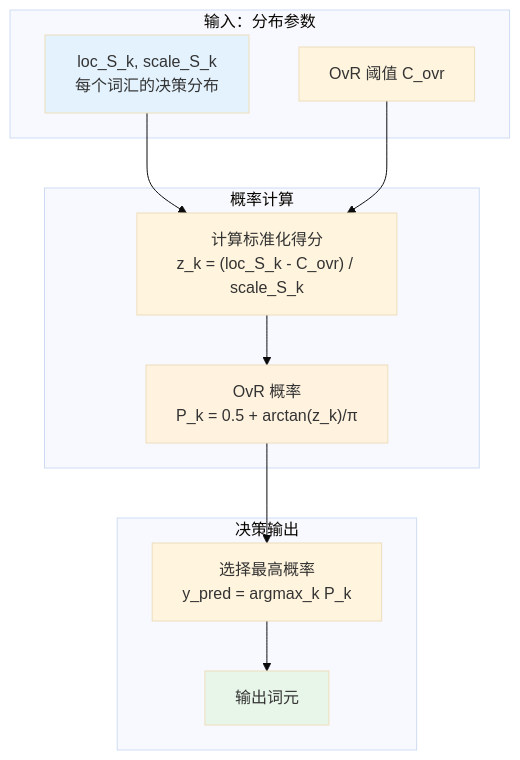
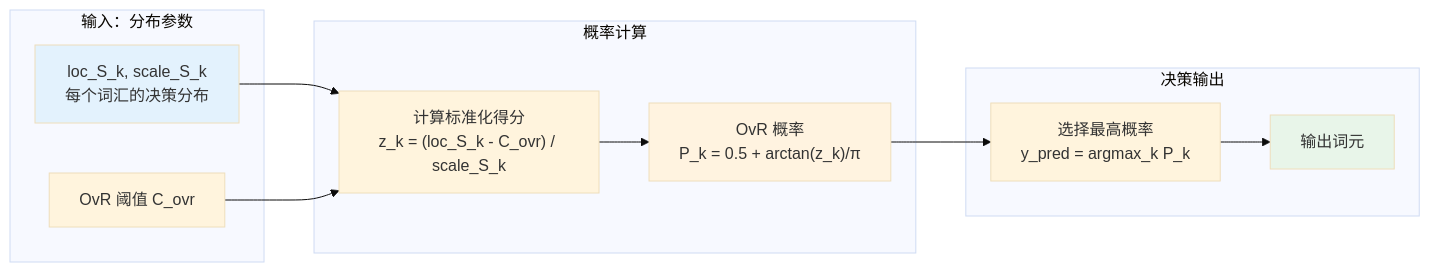
The eighth of 16 diagrams in design-docs/causal_qwen_text_only.md (1587causalai/CausalQwen), drawn with Mermaid (base theme) before and after one commit. The commit also changed other lines of this file, not shown here.

````diff
--- a/design-docs/causal_qwen_text_only.md
+++ b/design-docs/causal_qwen_text_only.md
@@ -431,22 +431,22 @@
 ```mermaid
-graph TD
+graph LR
     subgraph "输入：分布参数"
         A1["loc_S_k, scale_S_k<br>每个词汇的决策分布"]
         A2["OvR 阈值 C_ovr"]
     end
     
     subgraph "概率计算"
         A1 --> B1["计算标准化得分<br>z_k = (loc_S_k - C_ovr) / scale_S_k"]
         A2 --> B1
         B1 --> B2["OvR 概率<br>P_k = 0.5 + arctan(z_k)/π"]
     end
     
     subgraph "决策输出"
         B2 --> C1["选择最高概率<br>y_pred = argmax_k P_k"]
         C1 --> C2["输出词元"]
     end
     
     style A1 fill:#e3f2fd
     style B2 fill:#fff3e0
     style C2 fill:#e8f5e9
 ```
````
